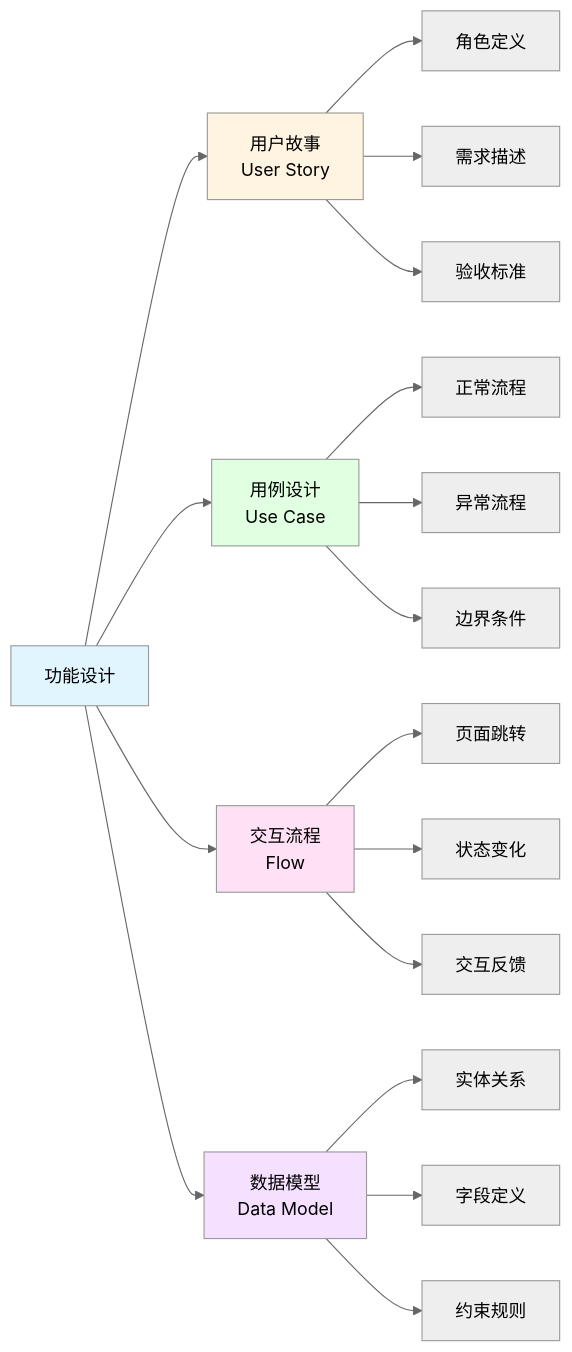
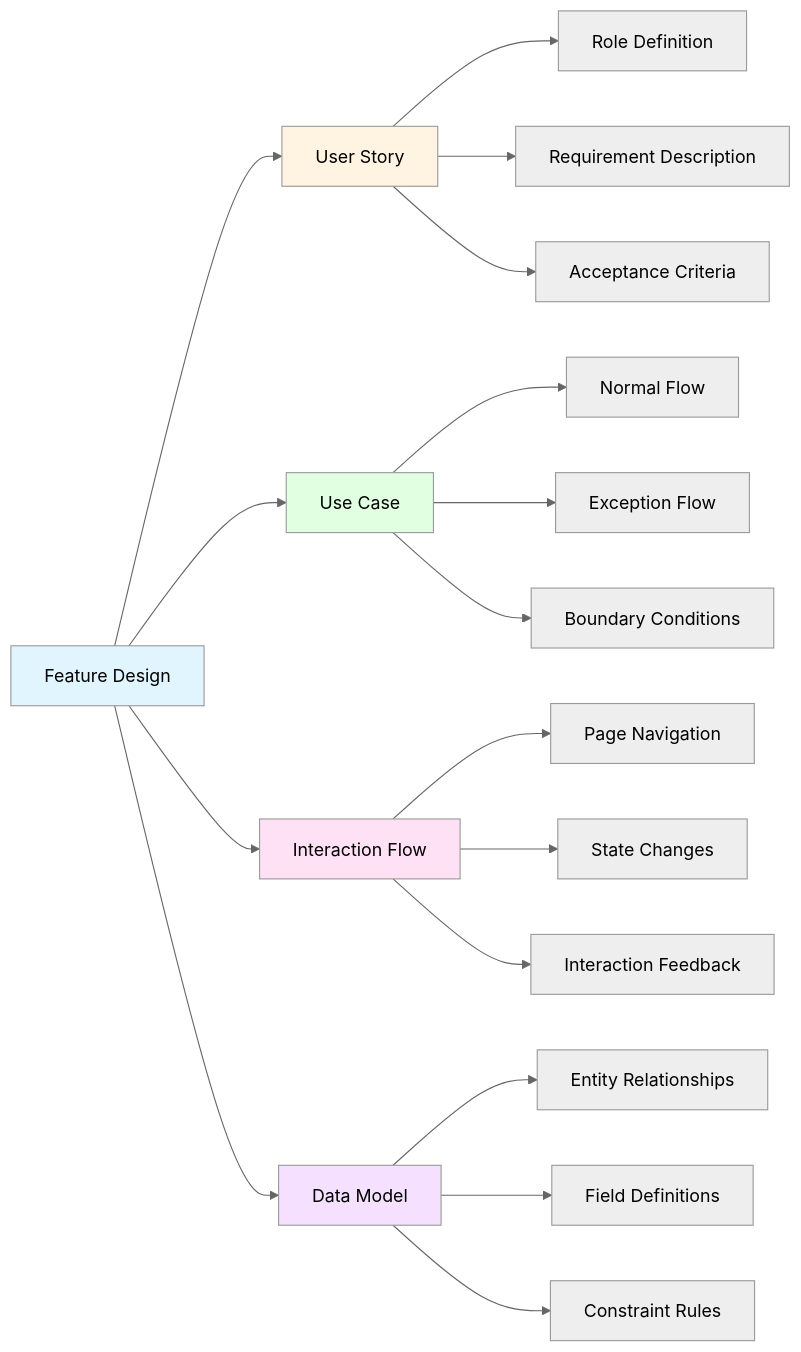
One commit to tianhongTina/ai-literacy-bootcamp changed the second of 2 diagrams in docs/lessons/lesson-4.md. Above: the diagram before and after it, drawn with Mermaid (neutral theme). The commit also changed other lines of this file and 18 other files, not shown here.

````diff
--- a/docs/lessons/lesson-4.md
+++ b/docs/lessons/lesson-4.md
@@ -99,29 +99,29 @@
 ```mermaid
 graph LR
-    A[功能设计] --> B[用户故事<br/>User Story]
-    A --> C[用例设计<br/>Use Case]
-    A --> D[交互流程<br/>Flow]
-    A --> E[数据模型<br/>Data Model]
+    A[Feature Design] --> B[User Story]
+    A --> C[Use Case]
+    A --> D[Interaction Flow]
+    A --> E[Data Model]
     
-    B --> B1[角色定义]
-    B --> B2[需求描述]
-    B --> B3[验收标准]
+    B --> B1[Role Definition]
+    B --> B2[Requirement Description]
+    B --> B3[Acceptance Criteria]
     
-    C --> C1[正常流程]
-    C --> C2[异常流程]
-    C --> C3[边界条件]
+    C --> C1[Normal Flow]
+    C --> C2[Exception Flow]
+    C --> C3[Boundary Conditions]
     
-    D --> D1[页面跳转]
-    D --> D2[状态变化]
-    D --> D3[交互反馈]
+    D --> D1[Page Navigation]
+    D --> D2[State Changes]
+    D --> D3[Interaction Feedback]
     
-    E --> E1[实体关系]
-    E --> E2[字段定义]
-    E --> E3[约束规则]
+    E --> E1[Entity Relationships]
+    E --> E2[Field Definitions]
+    E --> E3[Constraint Rules]
     
     style A fill:#e1f5ff
     style B fill:#fff4e1
     style C fill:#e1ffe1
     style D fill:#ffe1f5
     style E fill:#f5e1ff
 ```
````
